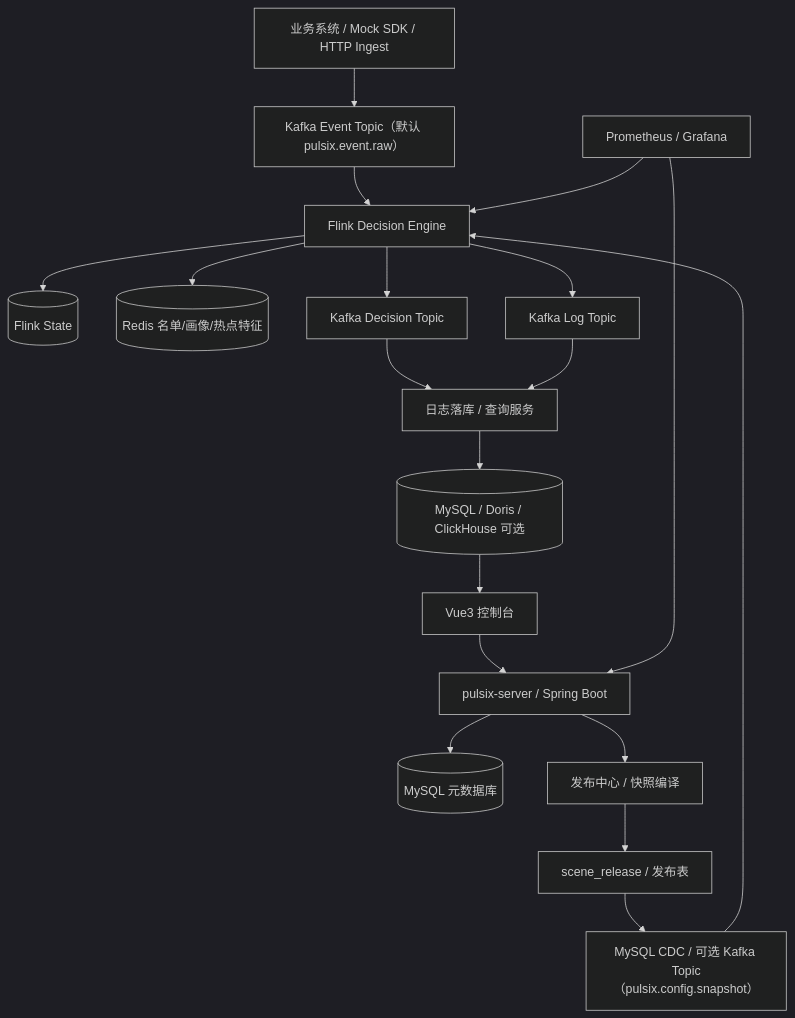
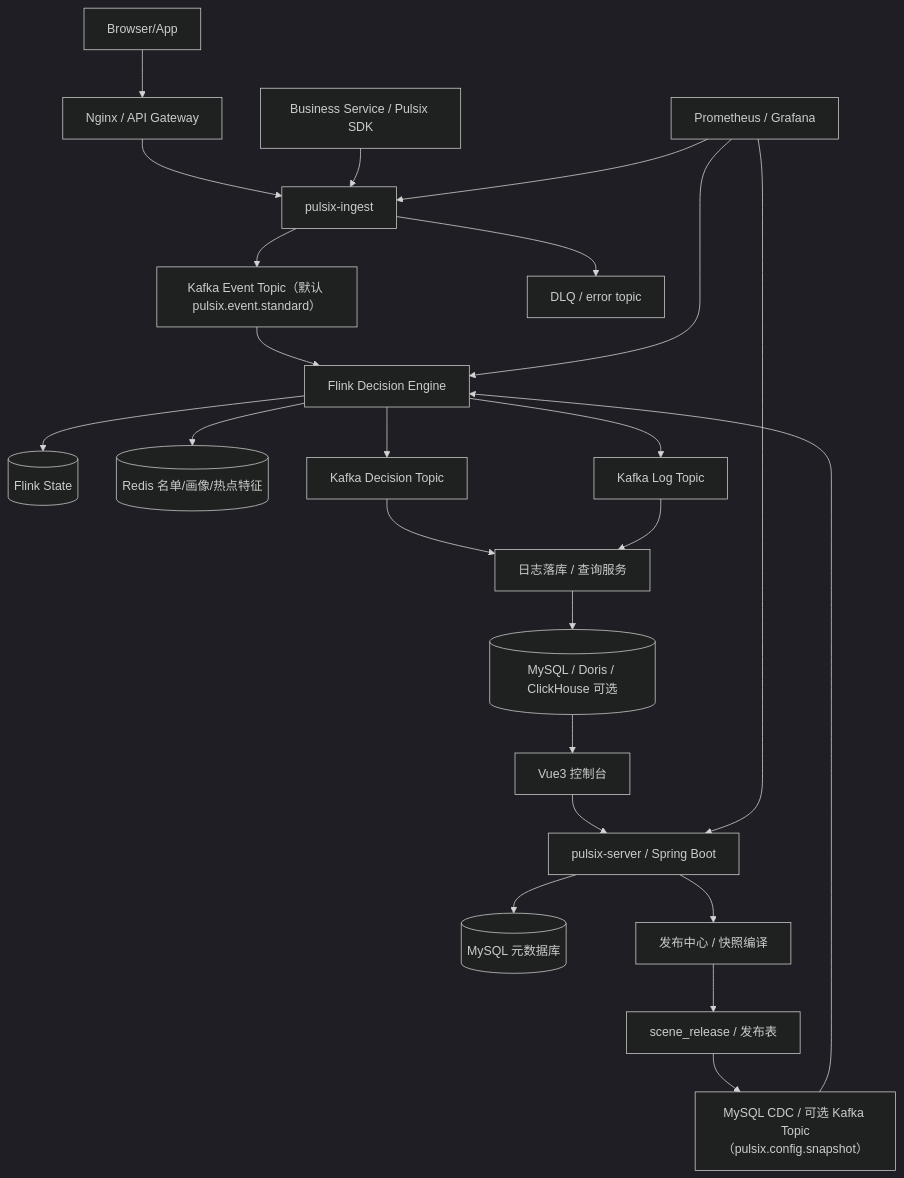
One commit to liboshuai01/pulsix changed the diagram in docs/参考资料/实时风控系统第4章：系统总体架构设计总览.md. Above: the diagram before and after it, drawn with Mermaid (dark theme). The commit also changed other lines of this file and 11 other files, not shown here.

````diff
--- a/docs/参考资料/实时风控系统第4章：系统总体架构设计总览.md
+++ b/docs/参考资料/实时风控系统第4章：系统总体架构设计总览.md
@@ -149,26 +149,31 @@
 ```mermaid
 graph TD
-    A[业务系统 / Mock SDK / HTTP Ingest] --> B[Kafka Event Topic（默认 pulsix.event.raw）]
+    A[Browser/App] --> B[Nginx / API Gateway]
+    B --> C[pulsix-ingest]
+    D[Business Service / Pulsix SDK] --> C
+    C --> E[Kafka Event Topic（默认 pulsix.event.standard）]
 
-    C[Vue3 控制台] --> D[pulsix-server / Spring Boot]
-    D --> E[(MySQL 元数据库)]
-    D --> F[发布中心 / 快照编译]
-    F --> G[scene_release / 发布表]
-    G --> H[MySQL CDC / 可选 Kafka Topic（pulsix.config.snapshot）]
+    F[Vue3 控制台] --> G[pulsix-server / Spring Boot]
+    G --> H[(MySQL 元数据库)]
+    G --> I[发布中心 / 快照编译]
+    I --> J[scene_release / 发布表]
+    J --> K[MySQL CDC / 可选 Kafka Topic（pulsix.config.snapshot）]
 
-    B --> I[Flink Decision Engine]
-    H --> I
+    E --> L[Flink Decision Engine]
+    K --> L
+    C --> M[DLQ / error topic]
 
-    I --> J[(Flink State)]
-    I --> K[(Redis 名单/画像/热点特征)]
-    I --> L[Kafka Decision Topic]
-    I --> M[Kafka Log Topic]
+    L --> N[(Flink State)]
+    L --> O[(Redis 名单/画像/热点特征)]
+    L --> P[Kafka Decision Topic]
+    L --> Q[Kafka Log Topic]
 
-    L --> N[日志落库 / 查询服务]
-    M --> N
-    N --> O[(MySQL / Doris / ClickHouse 可选)]
+    P --> R[日志落库 / 查询服务]
+    Q --> R
+    R --> S[(MySQL / Doris / ClickHouse 可选)]
 
-    O --> C
-    P[Prometheus / Grafana] --> I
-    P --> D
+    S --> F
+    T[Prometheus / Grafana] --> L
+    T --> G
+    T --> C
 ```
````
